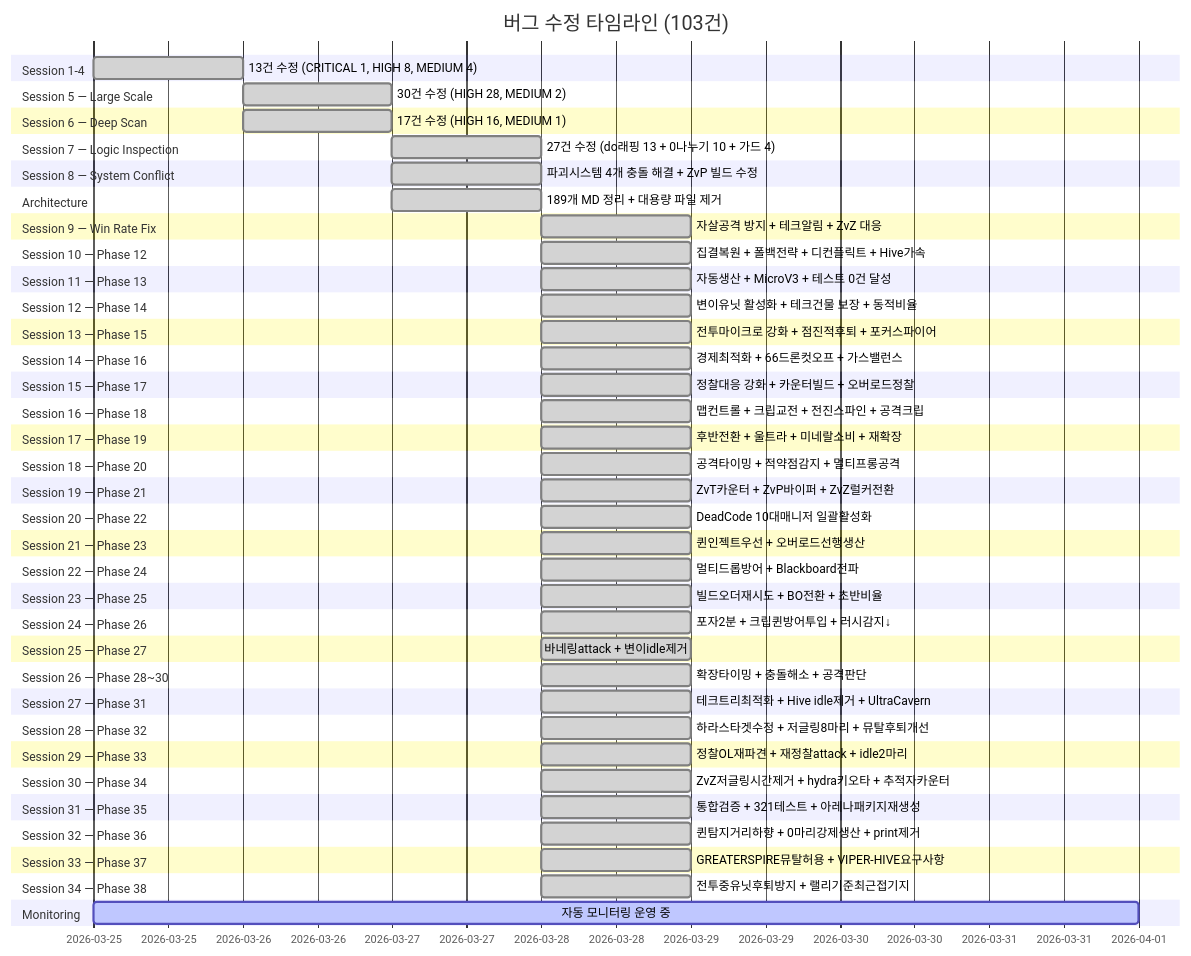
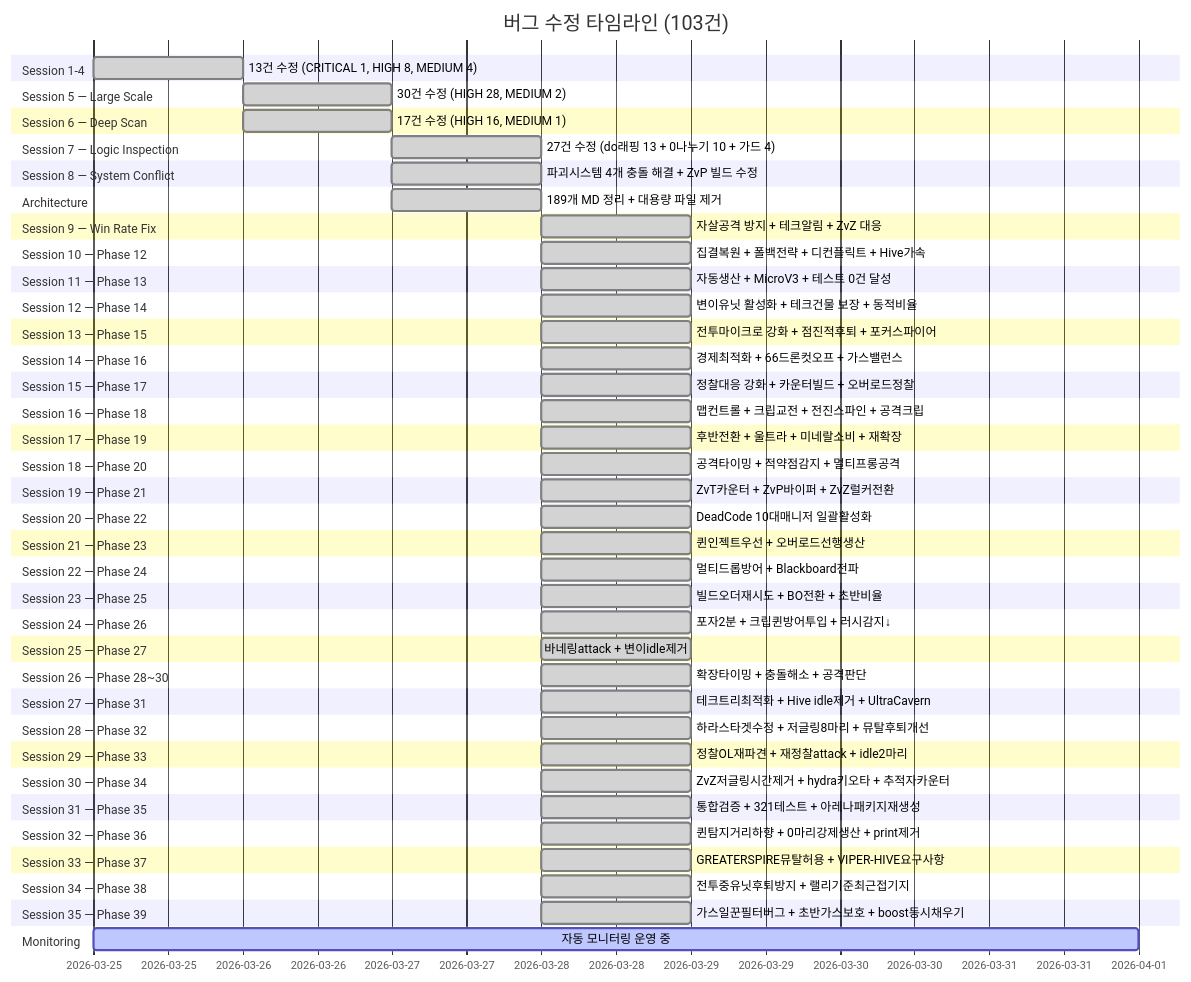
One commit to sun475300-sudo/Swarm-control-in-sc2bot changed diagram 23 of 33 in README.md. Above: the diagram before and after it, drawn with Mermaid. The commit also changed other lines of this file and 2 other files, not shown here.

First line of the commit message:
feat: Phase 39 경제 고도화 — 가스 일꾼 관리 3개 버그 수정

````diff
--- a/README.md
+++ b/README.md
@@ -633,71 +633,73 @@
 ```mermaid
 gantt
     title 버그 수정 타임라인 (103건)
     dateFormat YYYY-MM-DD
     section Session 1-4
         13건 수정 (CRITICAL 1, HIGH 8, MEDIUM 4)   :done, s1, 2026-03-25, 1d
     section Session 5 — Large Scale
         30건 수정 (HIGH 28, MEDIUM 2)              :done, s5, 2026-03-26, 1d
     section Session 6 — Deep Scan
         17건 수정 (HIGH 16, MEDIUM 1)              :done, s6, 2026-03-26, 1d
     section Session 7 — Logic Inspection
         27건 수정 (do래핑 13 + 0나누기 10 + 가드 4) :done, s7, 2026-03-27, 1d
     section Session 8 — System Conflict
         파괴시스템 4개 충돌 해결 + ZvP 빌드 수정    :done, s8, 2026-03-27, 1d
     section Architecture
         189개 MD 정리 + 대용량 파일 제거            :done, s9, 2026-03-27, 1d
     section Session 9 — Win Rate Fix
         자살공격 방지 + 테크알림 + ZvZ 대응         :done, s10, 2026-03-28, 1d
     section Session 10 — Phase 12
         집결복원 + 폴백전략 + 디컨플릭트 + Hive가속 :done, s11, 2026-03-28, 1d
     section Session 11 — Phase 13
         자동생산 + MicroV3 + 테스트 0건 달성       :done, s12, 2026-03-28, 1d
     section Session 12 — Phase 14
         변이유닛 활성화 + 테크건물 보장 + 동적비율  :done, s13, 2026-03-28, 1d
     section Session 13 — Phase 15
         전투마이크로 강화 + 점진적후퇴 + 포커스파이어 :done, s14, 2026-03-28, 1d
     section Session 14 — Phase 16
         경제최적화 + 66드론컷오프 + 가스밸런스     :done, s15, 2026-03-28, 1d
     section Session 15 — Phase 17
         정찰대응 강화 + 카운터빌드 + 오버로드정찰   :done, s16, 2026-03-28, 1d
     section Session 16 — Phase 18
         맵컨트롤 + 크립교전 + 전진스파인 + 공격크립 :done, s17, 2026-03-28, 1d
     section Session 17 — Phase 19
         후반전환 + 울트라 + 미네랄소비 + 재확장    :done, s18, 2026-03-28, 1d
     section Session 18 — Phase 20
         공격타이밍 + 적약점감지 + 멀티프롱공격     :done, s19, 2026-03-28, 1d
     section Session 19 — Phase 21
         ZvT카운터 + ZvP바이퍼 + ZvZ럴커전환      :done, s20, 2026-03-28, 1d
     section Session 20 — Phase 22
         DeadCode 10대매니저 일괄활성화            :done, s21, 2026-03-28, 1d
     section Session 21 — Phase 23
         퀸인젝트우선 + 오버로드선행생산          :done, s22, 2026-03-28, 1d
     section Session 22 — Phase 24
         멀티드롭방어 + Blackboard전파           :done, s23, 2026-03-28, 1d
     section Session 23 — Phase 25
         빌드오더재시도 + BO전환 + 초반비율     :done, s24, 2026-03-28, 1d
     section Session 24 — Phase 26
         포자2분 + 크립퀸방어투입 + 러시감지↓  :done, s25, 2026-03-28, 1d
     section Session 25 — Phase 27
         바네링attack + 변이idle제거         :done, s26, 2026-03-28, 1d
     section Session 26 — Phase 28~30
         확장타이밍 + 충돌해소 + 공격판단   :done, s27, 2026-03-28, 1d
     section Session 27 — Phase 31
         테크트리최적화 + Hive idle제거 + UltraCavern :done, s28, 2026-03-28, 1d
     section Session 28 — Phase 32
         하라스타겟수정 + 저글링8마리 + 뮤탈후퇴개선  :done, s29, 2026-03-28, 1d
     section Session 29 — Phase 33
         정찰OL재파견 + 재정찰attack + idle2마리    :done, s30, 2026-03-28, 1d
     section Session 30 — Phase 34
         ZvZ저글링시간제거 + hydra키오타 + 추적자카운터 :done, s31, 2026-03-28, 1d
     section Session 31 — Phase 35
         통합검증 + 321테스트 + 아레나패키지재생성   :done, s32, 2026-03-28, 1d
     section Session 32 — Phase 36
         퀸탐지거리하향 + 0마리강제생산 + print제거  :done, s33, 2026-03-28, 1d
     section Session 33 — Phase 37
         GREATERSPIRE뮤탈허용 + VIPER-HIVE요구사항  :done, s34, 2026-03-28, 1d
     section Session 34 — Phase 38
         전투중유닛후퇴방지 + 랠리기준최근접기지   :done, s35, 2026-03-28, 1d
+    section Session 35 — Phase 39
+        가스일꾼필터버그 + 초반가스보호 + boost동시채우기   :done, s36, 2026-03-28, 1d
     section Monitoring
         자동 모니터링 운영 중                        :active, mon, 2026-03-25, 7d
 ```
````
